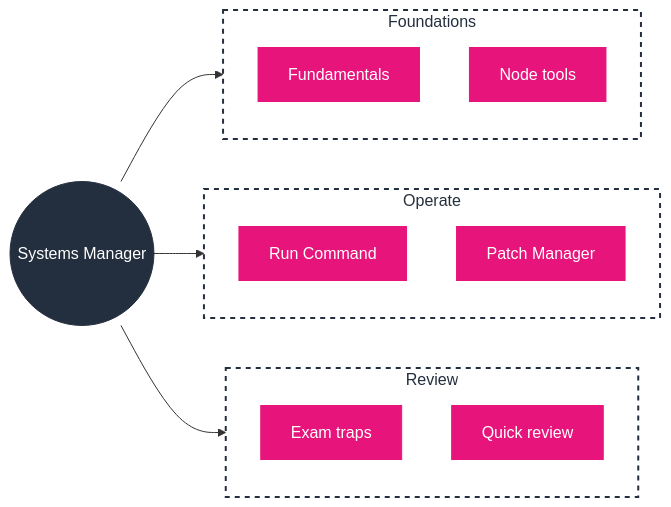
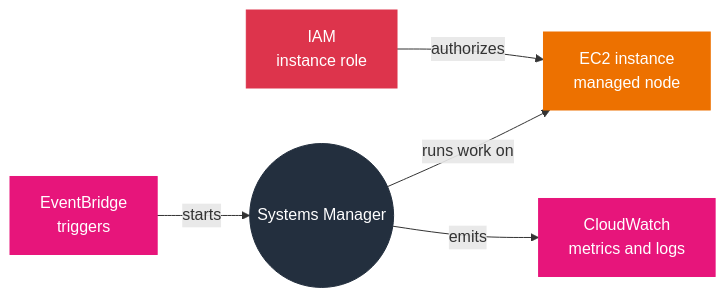
One commit to GabrielAlmeidaFlores/AWS-CloudOps-Engineer-Associate-Doc changed diagram 17 of 17 in AGENTS.md. Above: the diagram before and after it, drawn with Mermaid. The commit also changed other lines of this file and 3 other files, not shown here.

First line of the commit message:
docs: make README mind maps compact relationship maps

````diff
--- a/AGENTS.md
+++ b/AGENTS.md
@@ -3271,25 +3271,20 @@
 ```mermaid
 flowchart LR
     ROOT(("Systems Manager"))
-    subgraph FOUND["Foundations"]
-      F1["Fundamentals"]:::mgmt
-      F2["Node tools"]:::mgmt
-    end
-    subgraph OPERATE["Operate"]
-      O1["Run Command"]:::mgmt
-      O2["Patch Manager"]:::mgmt
-    end
-    subgraph REVIEW["Review"]
-      R1["Exam traps"]:::mgmt
-      R2["Quick review"]:::mgmt
-    end
-    ROOT --> FOUND
-    ROOT --> OPERATE
-    ROOT --> REVIEW
+    EC2["EC2 instance<br/>managed node"]
+    IAM["IAM<br/>instance role"]
+    CW["CloudWatch<br/>metrics and logs"]
+    EB["EventBridge<br/>triggers"]
+    ROOT -->|"runs work on"| EC2
+    IAM -->|"authorizes"| EC2
+    ROOT -->|"emits"| CW
+    EB -->|"starts"| ROOT
     classDef mgmt fill:#E7157B,stroke:#E7157B,color:#ffffff
+    classDef compute fill:#ED7100,stroke:#ED7100,color:#ffffff
+    classDef security fill:#DD344C,stroke:#DD344C,color:#ffffff
     classDef actor fill:#232F3E,stroke:#232F3E,color:#ffffff
     class ROOT actor
-    style FOUND fill:#ffffff,stroke:#232F3E,stroke-width:2px,stroke-dasharray:5 5,color:#232F3E
-    style OPERATE fill:#ffffff,stroke:#232F3E,stroke-width:2px,stroke-dasharray:5 5,color:#232F3E
-    style REVIEW fill:#ffffff,stroke:#232F3E,stroke-width:2px,stroke-dasharray:5 5,color:#232F3E
+    class CW,EB mgmt
+    class EC2 compute
+    class IAM security
 ```
````
